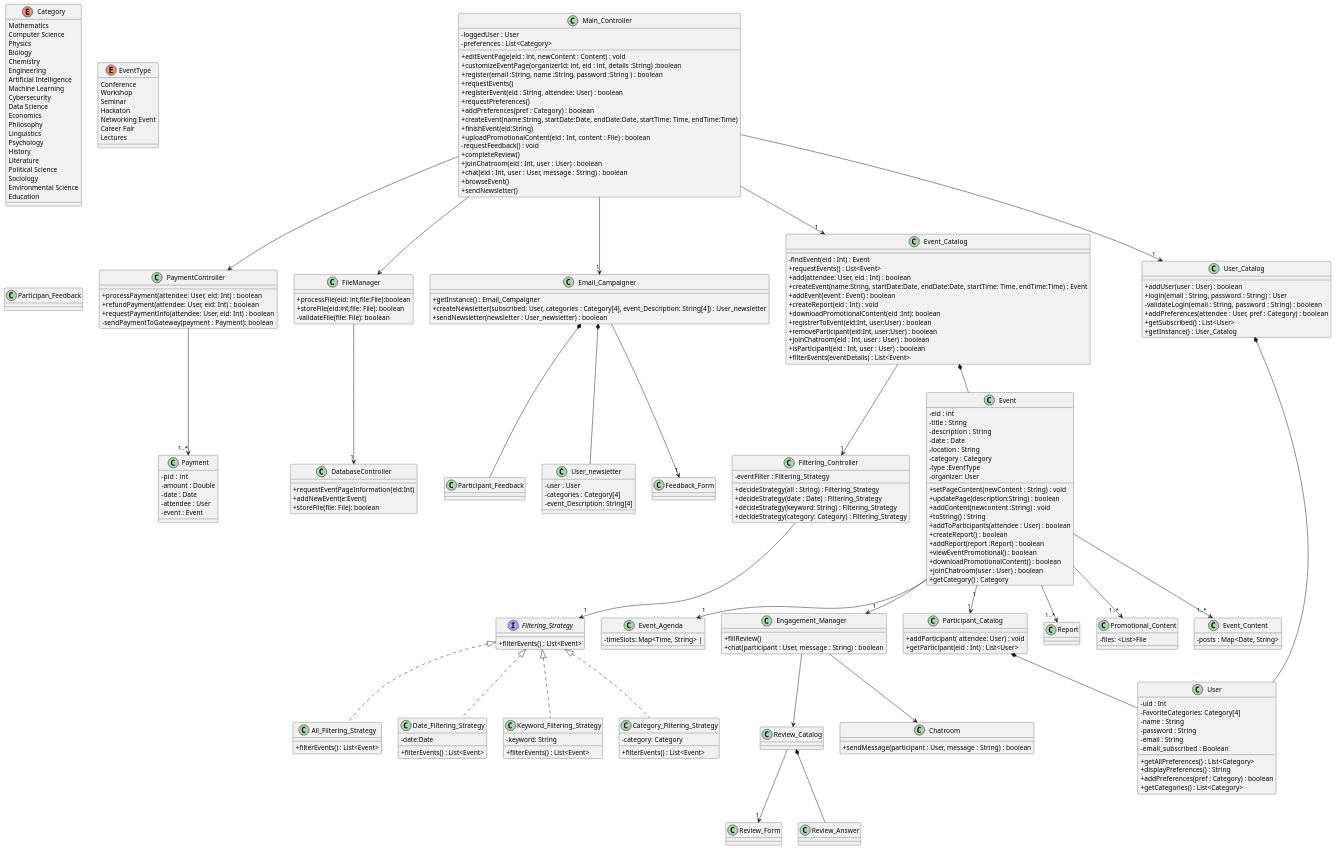
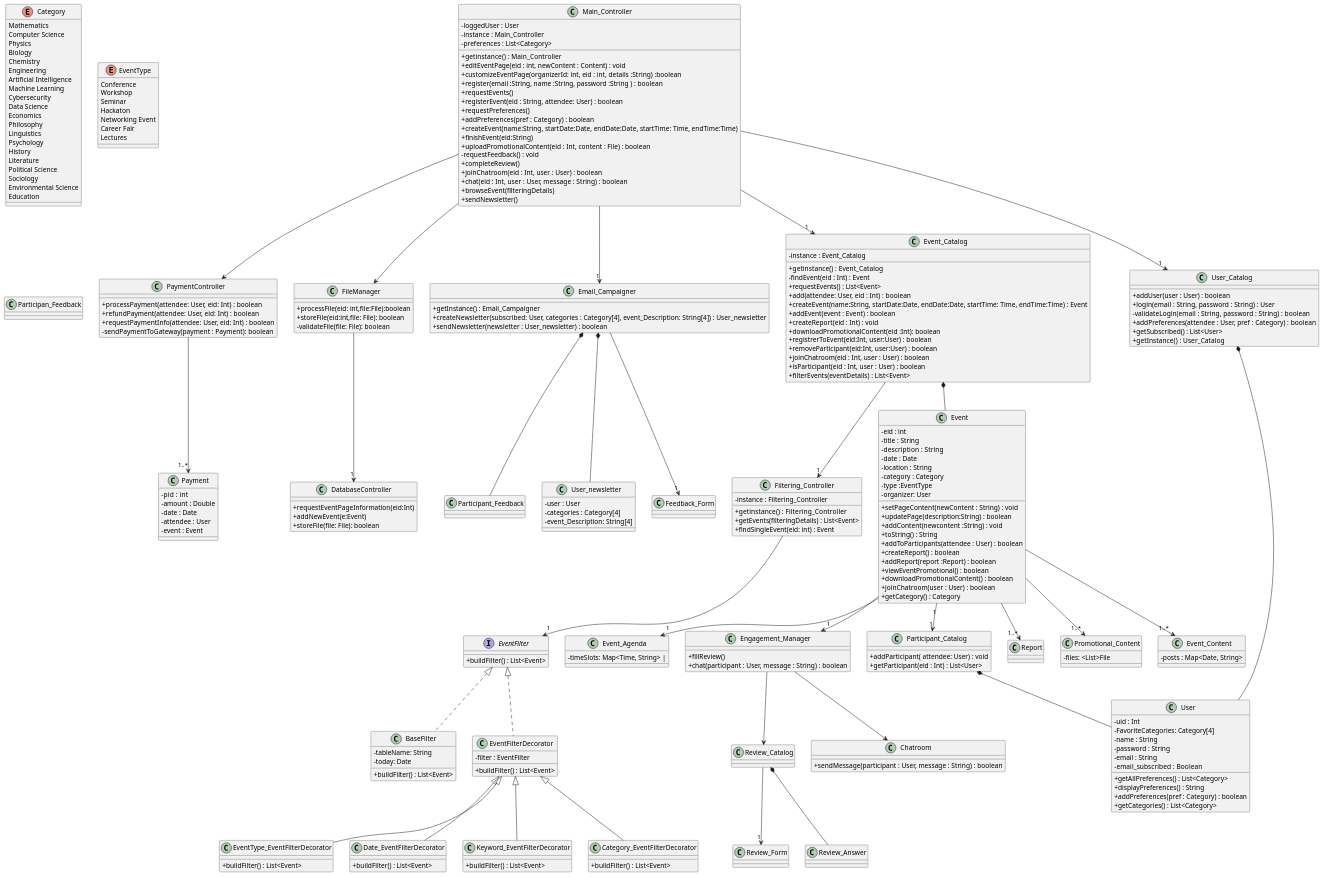
The diagram in Documentation/classDiagram_phase3.puml (DominiqueProulx/SOEN343-PartyPoopers), drawn with PlantUML before and after one commit.

Commit message:
updated the class Diagram

```diff
--- a/Documentation/classDiagram_phase3.puml
+++ b/Documentation/classDiagram_phase3.puml
@@ -37,7 +37,9 @@
 class Main_Controller{
 
 - loggedUser : User
+- instance : Main_Controller
 - preferences : List<Category>
++ getinstance()  : Main_Controller
  +editEventPage(eid : int, newContent : Content) : void
  +customizeEventPage(organizerId: int, eid : int, details :String) :boolean
  +register(email :String, name :String, password :String ) : boolean
@@ -52,7 +54,7 @@
  +completeReview()
  +joinChatroom(eid : Int, user : User) : boolean
  +chat(eid : Int, user : User, message : String) : boolean
- +browseEvent()
+ +browseEvent(filteringDetails)
  +sendNewsletter()
 }
 class PaymentController{
@@ -84,7 +86,6 @@
     +storeFile(file: File): boolean
 }
 
-
 class Event_Content{
     - posts : Map<Date, String>
 }
@@ -92,32 +93,36 @@
     - timeSlots: Map<Time, String> |
 }
 class Filtering_Controller{
-    - eventFilter : Filtering_Strategy
-    +decideStrategy(all : String) : Filtering_Strategy
-    +decideStrategy(date : Date) : Filtering_Strategy
-    +decideStrategy(keyword: String) : Filtering_Strategy
-    +decideStrategy(category: Category) : Filtering_Strategy
+    - instance : Filtering_Controller
+    + getinstance()  :  Filtering_Controller
+    +getEvents(filteringDetails) : List<Event>
+    +findSingleEvent(eid: int) : Event
 }
 
-interface Filtering_Strategy{
-    +filterEvents() : List<Event>
-    
+interface EventFilter{
+    +buildFilter() : List<Event>
 }
-class Keyword_Filtering_Strategy{
-    -keyword: String
-    +filterEvents() : List<Event>
-    
+class BaseFilter{
+    -tableName: String
+    -today: Date
+    +buildFilter() : List<Event>  
 }
-class Category_Filtering_Strategy{
-    -category: Category
-    +filterEvents() : List<Event>
+
+class EventFilterDecorator{
+    -filter : EventFilter
+    +buildFilter() : List<Event>
+}
+class Keyword_EventFilterDecorator{
+      +buildFilter() : List<Event>
+}
+class Category_EventFilterDecorator{
+      +buildFilter() : List<Event>
+     }
+class EventType_EventFilterDecorator{
+      +buildFilter() : List<Event>
     }
-class All_Filtering_Strategy{
-    +filterEvents() : List<Event>
-    }
-class Date_Filtering_Strategy{
-    -date:Date
-    +filterEvents() : List<Event>
+class Date_EventFilterDecorator{
+      +buildFilter() : List<Event>
     }
 
 
@@ -165,7 +170,8 @@
 
 
 class Event_Catalog {
-
+- instance : Event_Catalog
++ getinstance()  : Event_Catalog
 - findEvent(eid : Int) : Event
 +requestEvents() : List<Event>
 +add(attendee: User, eid : Int) : boolean
@@ -241,11 +247,13 @@
 Email_Campaigner *-- User_newsletter
 'Engagement and Networking
 Event_Catalog -->"1"Filtering_Controller
-Filtering_Controller -->"1" Filtering_Strategy
-Filtering_Strategy <|.. Keyword_Filtering_Strategy
-Filtering_Strategy <|.. Category_Filtering_Strategy
-Filtering_Strategy <|.. Date_Filtering_Strategy
-Filtering_Strategy <|.. All_Filtering_Strategy
+Filtering_Controller -->"1"EventFilter
+EventFilter <|.. BaseFilter
+EventFilter <|.. EventFilterDecorator
+EventFilterDecorator <|-- Keyword_EventFilterDecorator
+EventFilterDecorator <|-- Category_EventFilterDecorator
+EventFilterDecorator <|-- EventType_EventFilterDecorator
+EventFilterDecorator <|-- Date_EventFilterDecorator
 Event -->"1"Event_Agenda
 Event -->"1..*"Event_Content
 Email_Campaigner *-- Participant_Feedback
```
